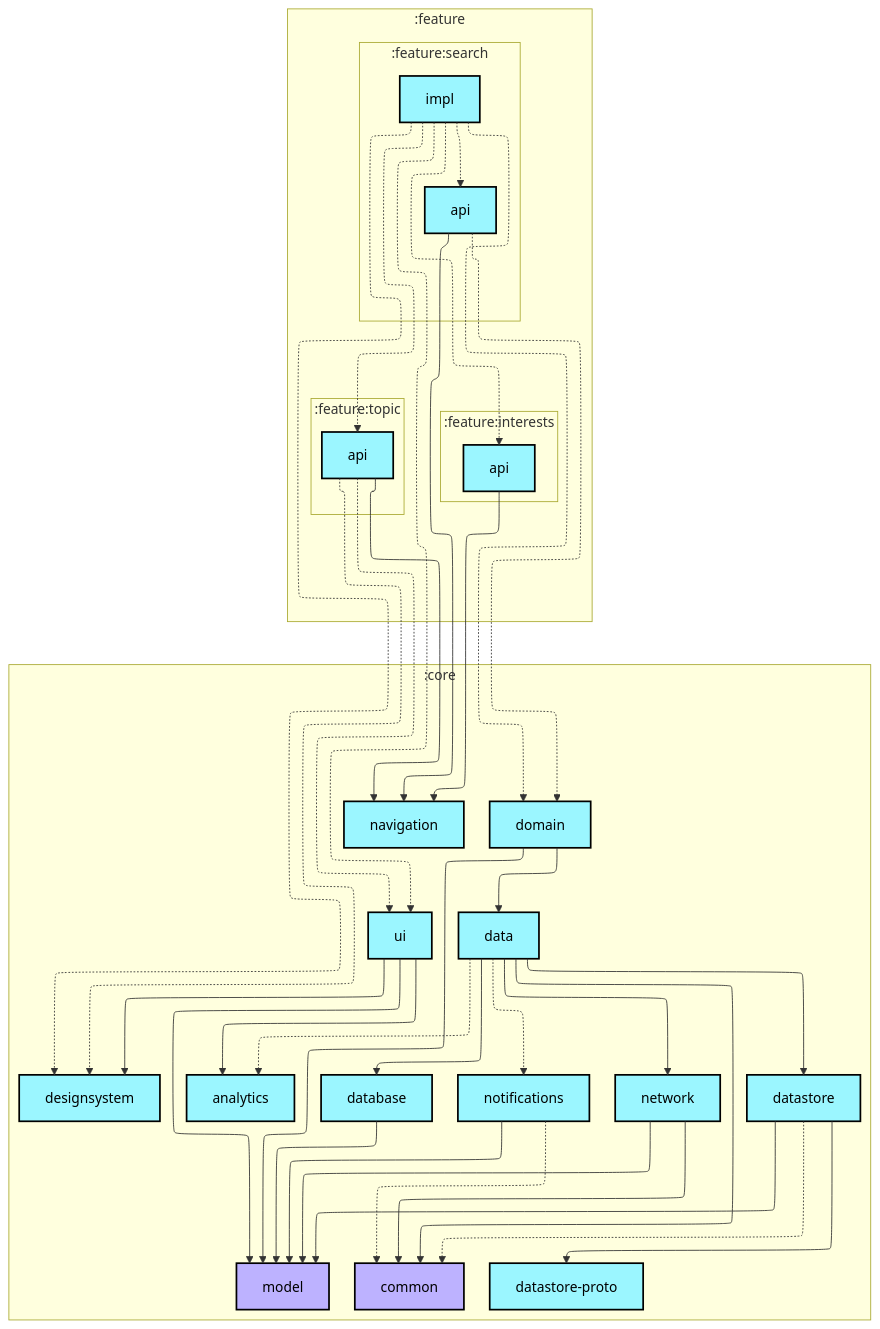
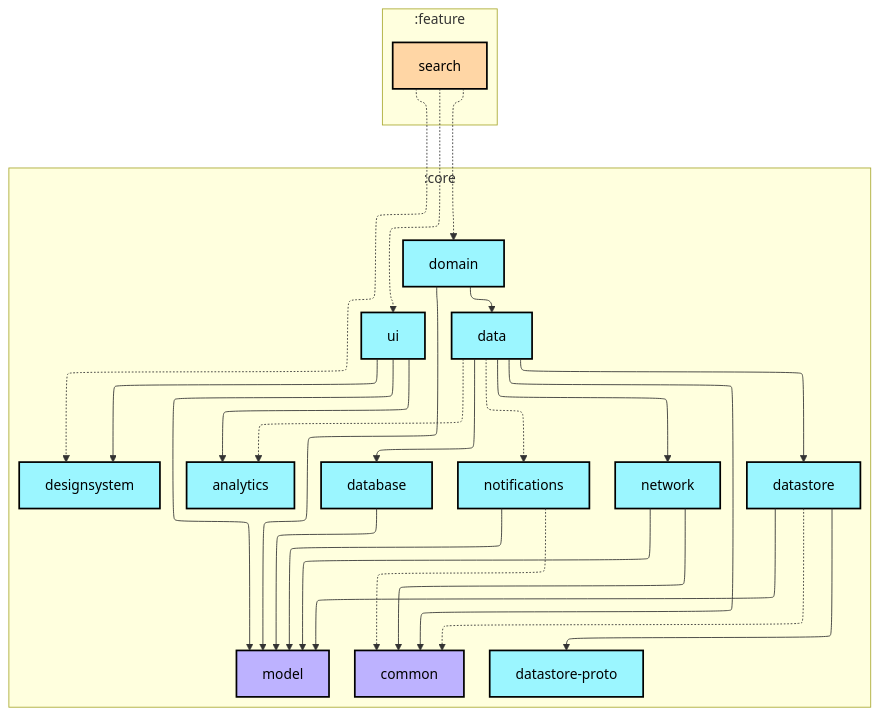
The first of 2 diagrams in feature/search/README.md (android/nowinandroid), drawn with Mermaid before and after one commit. The commit also changed 5 other files, not shown here.

````diff
--- a/feature/search/README.md
+++ b/feature/search/README.md
@@ -6,80 +6,58 @@
 ```mermaid
 ---
 config:
   layout: elk
   elk:
     nodePlacementStrategy: SIMPLE
 ---
 graph TB
   subgraph :feature
     direction TB
-    subgraph :feature:search
-      direction TB
-      :feature:search:api[api]:::android-library
-      :feature:search:impl[impl]:::android-library
-    end
-    subgraph :feature:interests
-      direction TB
-      :feature:interests:api[api]:::android-library
-    end
-    subgraph :feature:topic
-      direction TB
-      :feature:topic:api[api]:::android-library
-    end
+    :feature:search[search]:::android-feature
   end
   subgraph :core
     direction TB
     :core:analytics[analytics]:::android-library
     :core:common[common]:::jvm-library
     :core:data[data]:::android-library
     :core:database[database]:::android-library
     :core:datastore[datastore]:::android-library
     :core:datastore-proto[datastore-proto]:::android-library
     :core:designsystem[designsystem]:::android-library
     :core:domain[domain]:::android-library
     :core:model[model]:::jvm-library
-    :core:navigation[navigation]:::android-library
     :core:network[network]:::android-library
     :core:notifications[notifications]:::android-library
     :core:ui[ui]:::android-library
   end
 
   :core:data -.-> :core:analytics
   :core:data --> :core:common
   :core:data --> :core:database
   :core:data --> :core:datastore
   :core:data --> :core:network
   :core:data -.-> :core:notifications
   :core:database --> :core:model
   :core:datastore -.-> :core:common
   :core:datastore --> :core:datastore-proto
   :core:datastore --> :core:model
   :core:domain --> :core:data
   :core:domain --> :core:model
   :core:network --> :core:common
   :core:network --> :core:model
   :core:notifications -.-> :core:common
   :core:notifications --> :core:model
   :core:ui --> :core:analytics
   :core:ui --> :core:designsystem
   :core:ui --> :core:model
-  :feature:interests:api --> :core:navigation
-  :feature:search:api -.-> :core:domain
-  :feature:search:api --> :core:navigation
-  :feature:search:impl -.-> :core:designsystem
-  :feature:search:impl -.-> :core:domain
-  :feature:search:impl -.-> :core:ui
-  :feature:search:impl -.-> :feature:interests:api
-  :feature:search:impl -.-> :feature:search:api
-  :feature:search:impl -.-> :feature:topic:api
-  :feature:topic:api -.-> :core:designsystem
-  :feature:topic:api --> :core:navigation
-  :feature:topic:api -.-> :core:ui
+  :feature:search -.-> :core:designsystem
+  :feature:search -.-> :core:domain
+  :feature:search -.-> :core:ui
 
 classDef android-application fill:#CAFFBF,stroke:#000,stroke-width:2px,color:#000;
 classDef android-feature fill:#FFD6A5,stroke:#000,stroke-width:2px,color:#000;
 classDef android-library fill:#9BF6FF,stroke:#000,stroke-width:2px,color:#000;
 classDef android-test fill:#A0C4FF,stroke:#000,stroke-width:2px,color:#000;
 classDef jvm-library fill:#BDB2FF,stroke:#000,stroke-width:2px,color:#000;
 classDef unknown fill:#FFADAD,stroke:#000,stroke-width:2px,color:#000;
 ```
````
